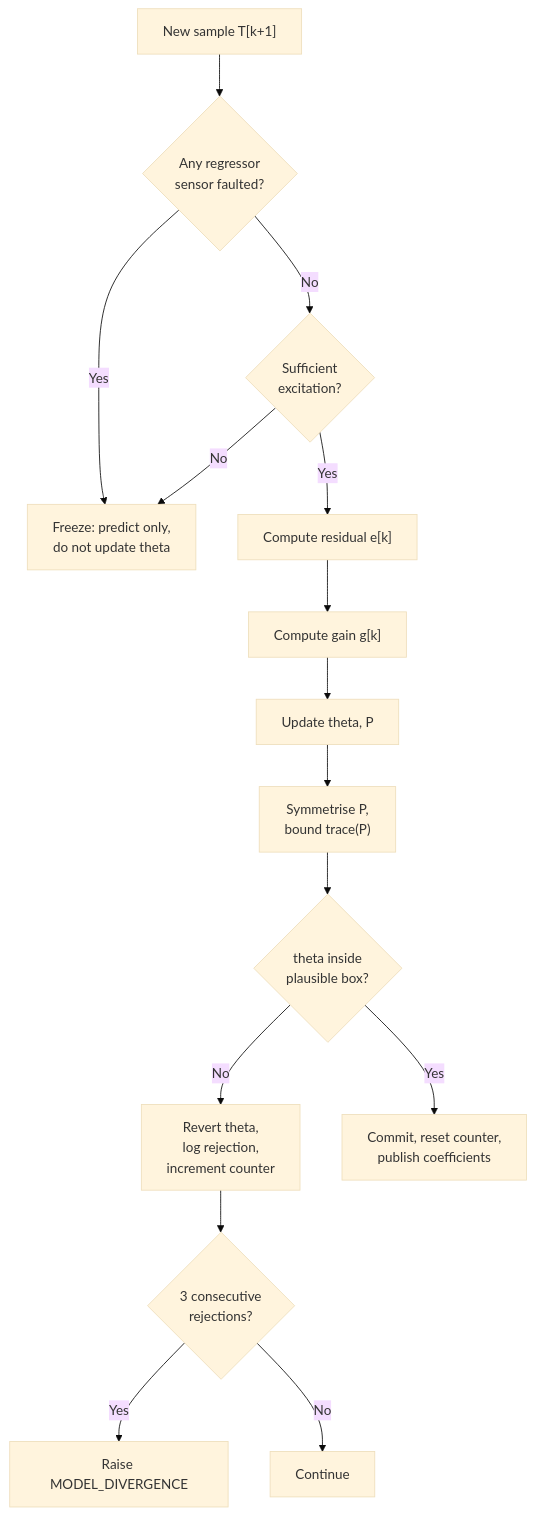
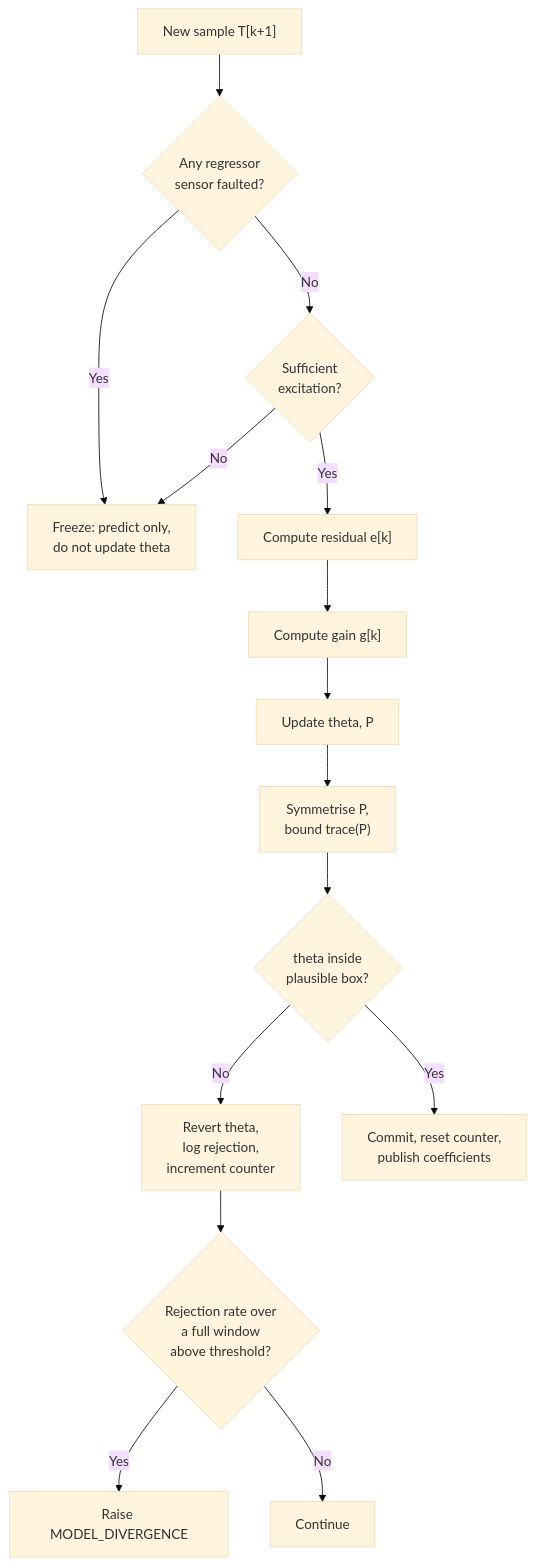
One commit to udbhav07/edge-smart-space changed the seventh of 12 diagrams in docs/DESIGN.md. Above: the diagram before and after it, drawn with Mermaid (base theme). The commit also changed other lines of this file and 5 other files, not shown here.

First line of the commit message:
estimation: judge divergence on a rate, not a run of rejections

````diff
--- a/docs/DESIGN.md
+++ b/docs/DESIGN.md
@@ -591,17 +605,17 @@
 ```mermaid
 flowchart TB
     A["New sample T[k+1]"] --> B{"Any regressor<br/>sensor faulted?"}
     B -->|Yes| Z["Freeze: predict only,<br/>do not update theta"]
     B -->|No| C{"Sufficient<br/>excitation?"}
     C -->|No| Z
     C -->|Yes| D["Compute residual e[k]"]
     D --> E["Compute gain g[k]"]
     E --> F["Update theta, P"]
     F --> G["Symmetrise P,<br/>bound trace(P)"]
     G --> H{"theta inside<br/>plausible box?"}
     H -->|No| I["Revert theta,<br/>log rejection,<br/>increment counter"]
     H -->|Yes| J["Commit, reset counter,<br/>publish coefficients"]
-    I --> K{"3 consecutive<br/>rejections?"}
+    I --> K{"Rejection rate over<br/>a full window<br/>above threshold?"}
     K -->|Yes| L["Raise MODEL_DIVERGENCE"]
     K -->|No| M["Continue"]
 ```
````
